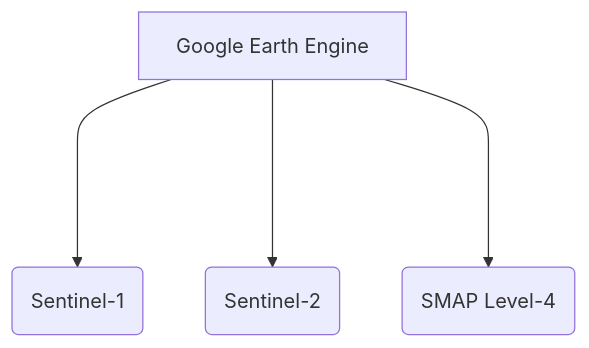
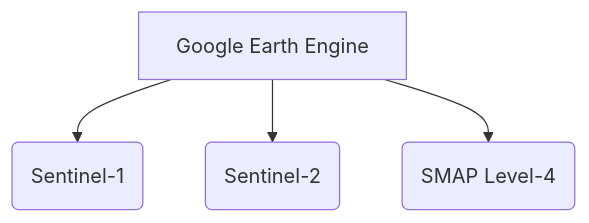
Before and after one commit to ITU-GeoAI-Challenge/3rd_place_cropland_mapping: the diagram in README.md, drawn with Mermaid.

````diff
--- a/README.md
+++ b/README.md
@@ -14,6 +14,6 @@
 ```mermaid
 graph TD
-    A[Google Earth Engine] ----> B(Sentinel-1)
-    A ----> C(Sentinel-2)
-    A ----> D(SMAP Level-4)
+    A[Google Earth Engine] --> B(Sentinel-1)
+    A --> C(Sentinel-2)
+    A --> D(SMAP Level-4)
 ```
````
